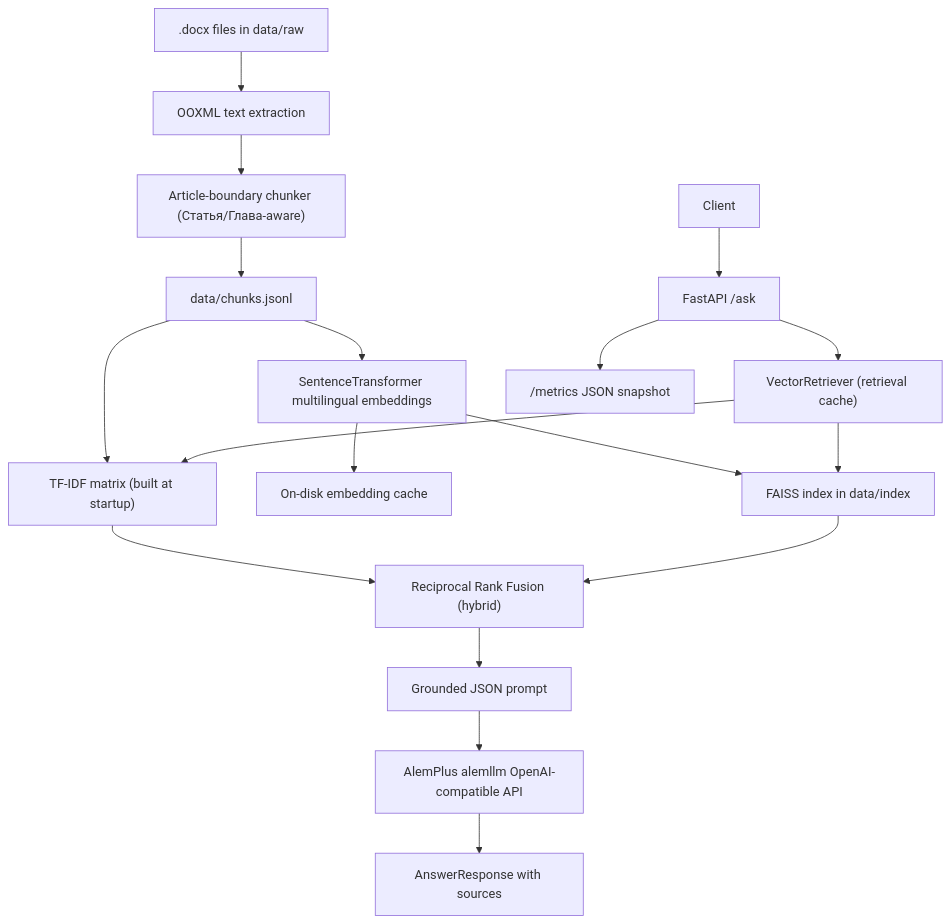
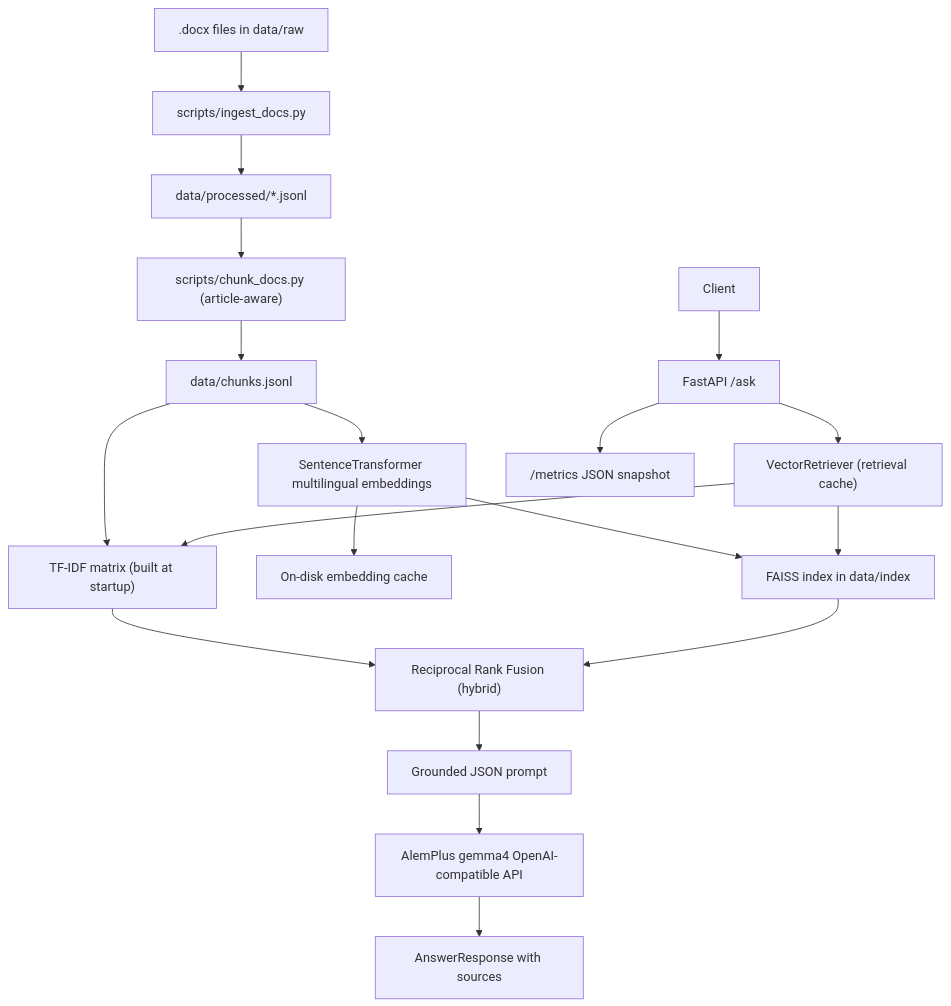
One commit to Astana17/autosphere-rag changed the diagram in README.md. Above: the diagram before and after it, drawn with Mermaid. The commit also changed other lines of this file and 11 other files, not shown here.

````diff
--- a/README.md
+++ b/README.md
@@ -66,20 +68,21 @@
 ```mermaid
 graph TD
-    Raw[".docx files in data/raw"] --> Extract["OOXML text extraction"]
-    Extract --> Chunk["Article-boundary chunker (Статья/Глава-aware)"]
+    Raw[".docx files in data/raw"] --> Ingest["scripts/ingest_docs.py"]
+    Ingest --> Processed["data/processed/*.jsonl"]
+    Processed --> Chunk["scripts/chunk_docs.py (article-aware)"]
     Chunk --> ChunksFile["data/chunks.jsonl"]
     ChunksFile --> Tfidf["TF-IDF matrix (built at startup)"]
     ChunksFile --> Embeddings["SentenceTransformer multilingual embeddings"]
     Embeddings --> EmbCache["On-disk embedding cache"]
     Embeddings --> Faiss["FAISS index in data/index"]
     User["Client"] --> API["FastAPI /ask"]
     API --> Retriever["VectorRetriever (retrieval cache)"]
     Retriever --> Tfidf
     Retriever --> Faiss
     Tfidf --> RRF["Reciprocal Rank Fusion (hybrid)"]
     Faiss --> RRF
     RRF --> Prompt["Grounded JSON prompt"]
-    Prompt --> LLM["AlemPlus alemllm OpenAI-compatible API"]
+    Prompt --> LLM["AlemPlus gemma4 OpenAI-compatible API"]
     LLM --> Response["AnswerResponse with sources"]
     API --> Metrics["/metrics JSON snapshot"]
 ```
````
